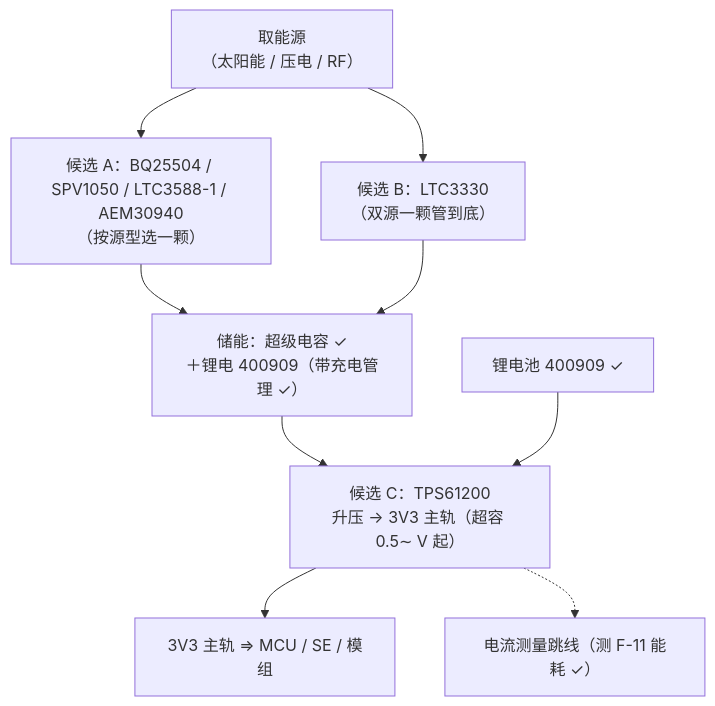
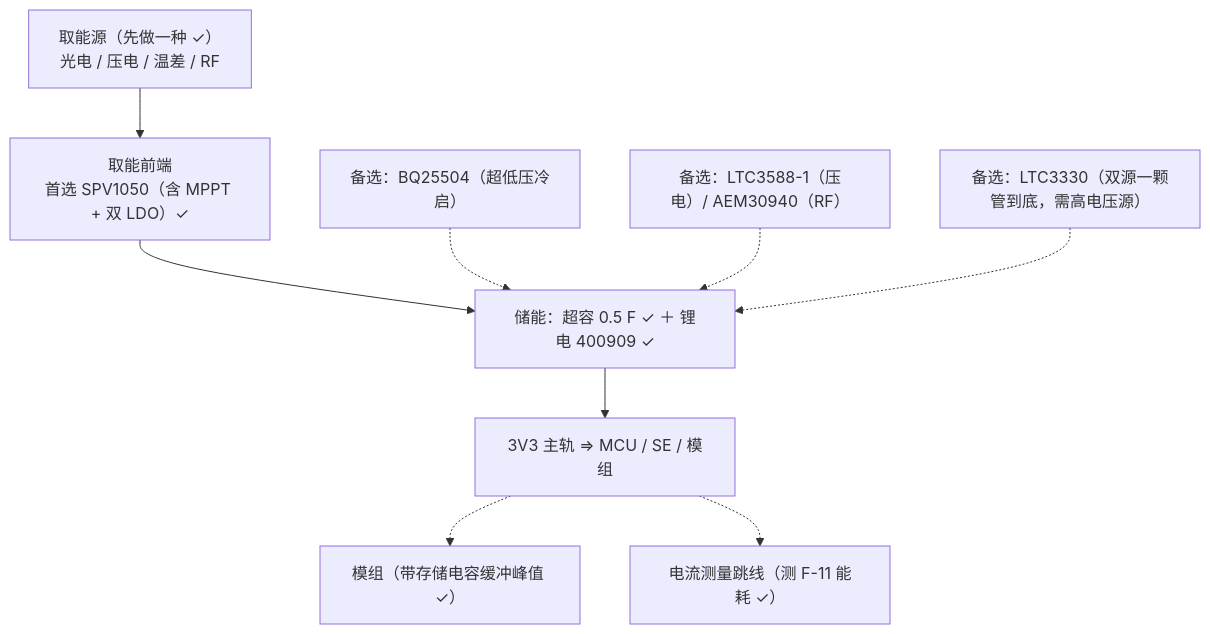
The third of 3 diagrams in docs/carrier-board-spec.md (Orpah/orpah-client-demo), drawn with Mermaid before and after one commit. The commit also changed other lines of this file, not shown here.

````diff
--- a/docs/carrier-board-spec.md
+++ b/docs/carrier-board-spec.md
@@ -124,11 +142,11 @@
 ```mermaid
 graph TD
-  SRC["取能源<br/>（太阳能 / 压电 / RF）"] --> A["候选 A：BQ25504 / SPV1050 / LTC3588-1 / AEM30940<br/>（按源型选一颗）"]
-  SRC --> B["候选 B：LTC3330<br/>（双源一颗管到底）"]
-  A --> STORE["储能：超级电容 ✓<br/>＋锂电 400909（带充电管理 ✓）"]
-  B --> STORE
-  STORE --> BOOST["候选 C：TPS61200<br/>升压 → 3V3 主轨（超容 0.5∼ V 起）"]
-  BAT["锂电池 400909 ✓"] --> BOOST
-  BOOST --> RAIL["3V3 主轨 ⇒ MCU / SE / 模组"]
-  BOOST -.-> TP["电流测量跳线（测 F-11 能耗 ✓）"]
+  SRC["取能源（先做一种 ✓）<br/>光电 / 压电 / 温差 / RF"] --> FE
+  FE["取能前端<br/>首选 SPV1050（含 MPPT + 双 LDO）✓"] --> STORE["储能：超容 0.5 F ✓ ＋ 锂电 400909 ✓"]
+  ALT1["备选：BQ25504（超低压冷启）"] -.-> STORE
+  ALT2["备选：LTC3588-1（压电）/ AEM30940（RF）"] -.-> STORE
+  ALT3["备选：LTC3330（双源一颗管到底，需高电压源）"] -.-> STORE
+  STORE --> RAIL["3V3 主轨 ⇒ MCU / SE / 模组"]
+  RAIL -.-> MOD["模组（带存储电容缓冲峰值 ✓）"]
+  RAIL -.-> TP["电流测量跳线（测 F-11 能耗 ✓）"]
 ```
````
